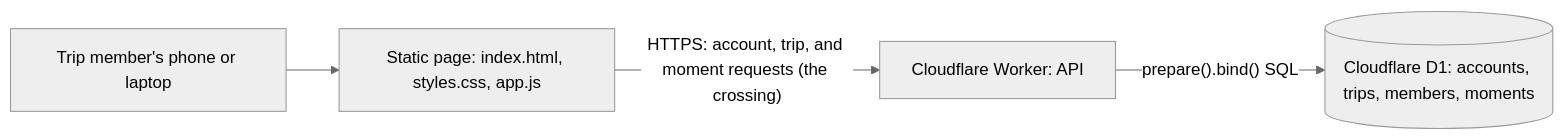
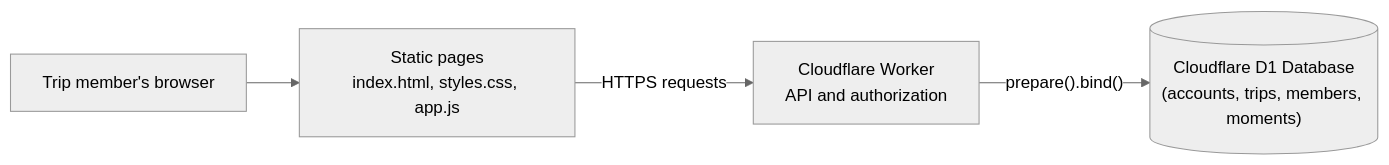
The diagram in context/ARCHITECTURE.md (mehtaaashi05/mgt3745-team-Alpha-), drawn with Mermaid (neutral theme) before and after one commit. The commit also changed other lines of this file, not shown here.

Commit message:
Update ARCHITECTURE.md with the changes requested

````diff
--- a/context/ARCHITECTURE.md
+++ b/context/ARCHITECTURE.md
@@ -77,6 +144,11 @@
 ```mermaid
 flowchart LR
-    Member["Trip member's phone or laptop"] --> Page["Static page: index.html, styles.css, app.js"]
-    Page -- "HTTPS: account, trip, and moment requests (the crossing)" --> Worker["Cloudflare Worker: API"]
-    Worker -- "prepare().bind() SQL" --> D1[("Cloudflare D1: accounts, trips, members, moments")]
+    User["Trip member's browser"]
+    Pages["Static pages<br/>index.html, styles.css, app.js"]
+    Worker["Cloudflare Worker<br/>API and authorization"]
+    D1[("Cloudflare D1 Database<br/>(accounts, trips, members, moments)")]
+
+    User --> Pages
+    Pages -->|"HTTPS requests"| Worker
+    Worker -->|"prepare().bind()"| D1
 ```
````
